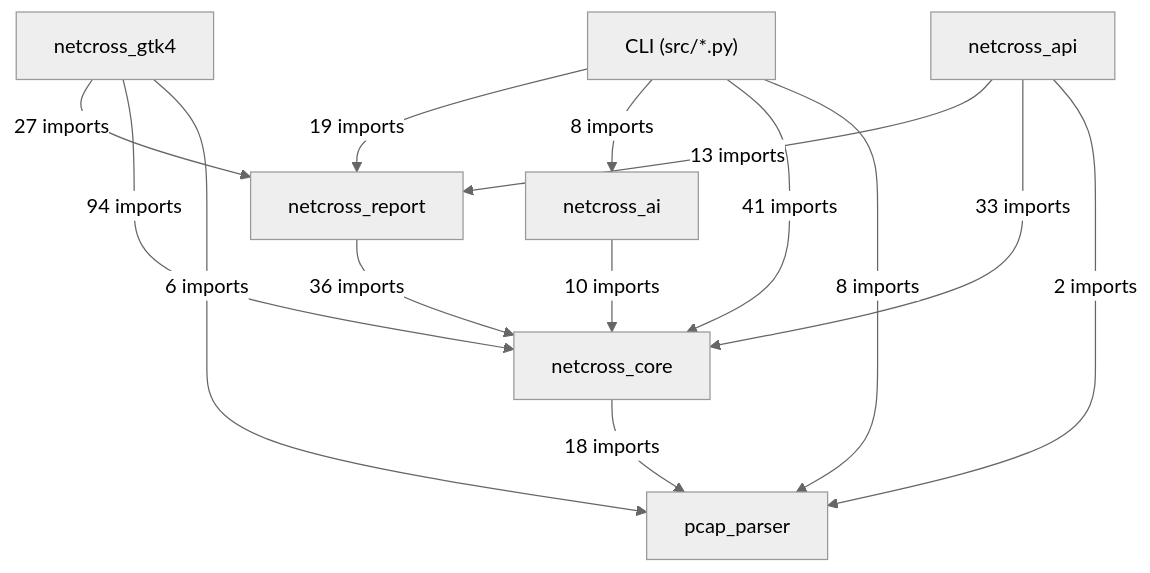
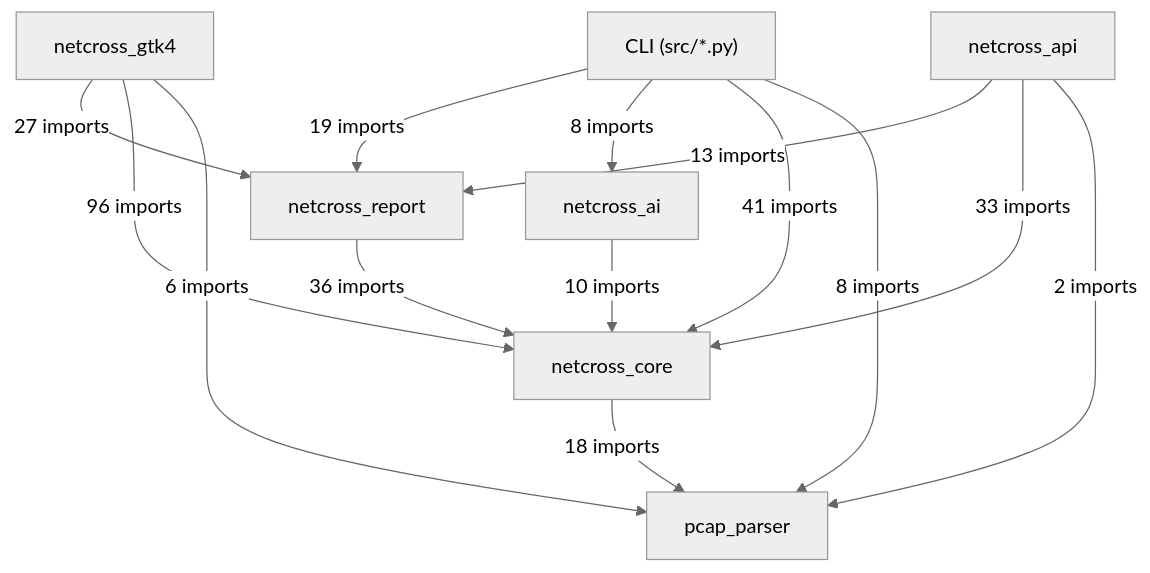
The first of 19 diagrams in docs/class-diagram.md (Mathide-Team/Netcross), drawn with Mermaid (neutral theme) before and after one commit. The commit also changed other lines of this file and 7 other files, not shown here.

````diff
--- a/docs/class-diagram.md
+++ b/docs/class-diagram.md
@@ -26,23 +26,23 @@
 ```mermaid
 flowchart TD
     CLI["CLI (src/*.py)"]
     netcross_gtk4["netcross_gtk4"]
     netcross_api["netcross_api"]
     netcross_report["netcross_report"]
     netcross_ai["netcross_ai"]
     netcross_core["netcross_core"]
     pcap_parser["pcap_parser"]
     CLI -->|"19 imports"| netcross_report
     CLI -->|"8 imports"| netcross_ai
     CLI -->|"41 imports"| netcross_core
     CLI -->|"8 imports"| pcap_parser
     netcross_gtk4 -->|"27 imports"| netcross_report
-    netcross_gtk4 -->|"94 imports"| netcross_core
+    netcross_gtk4 -->|"96 imports"| netcross_core
     netcross_gtk4 -->|"6 imports"| pcap_parser
     netcross_api -->|"13 imports"| netcross_report
     netcross_api -->|"33 imports"| netcross_core
     netcross_api -->|"2 imports"| pcap_parser
     netcross_report -->|"36 imports"| netcross_core
     netcross_ai -->|"10 imports"| netcross_core
     netcross_core -->|"18 imports"| pcap_parser
 ```
````
